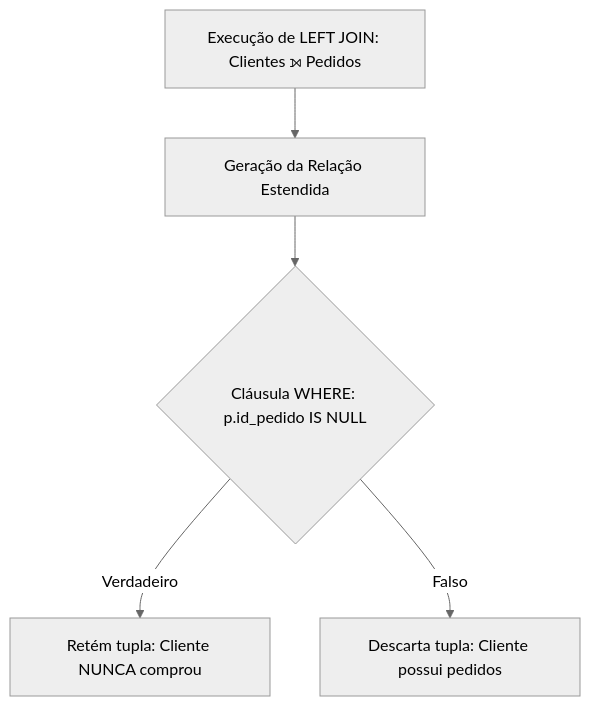
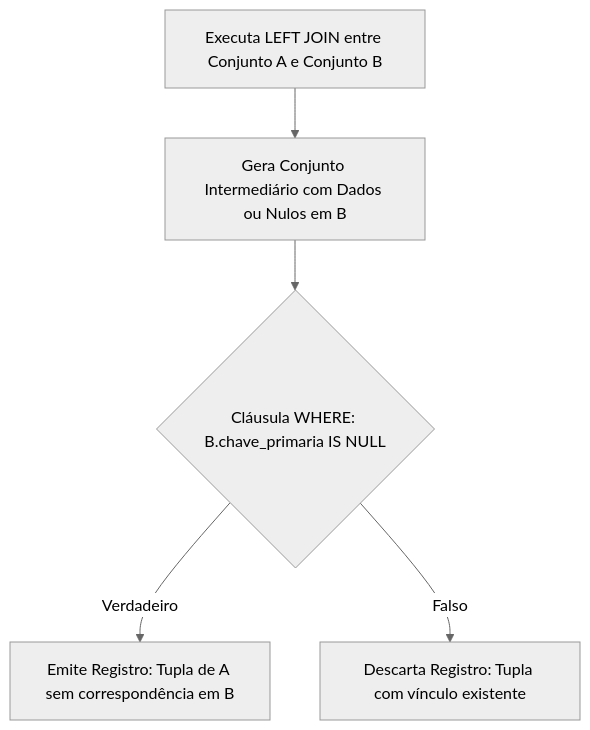
One commit to murilolol/unifef changed the sixth of 13 diagrams in 4º Semestre/[Prof. Welington Garcia] Tópicos Avançados em Banco de Dados/Resumos-IA/Caderno-Consolidado.md. Above: the diagram before and after it, drawn with Mermaid (neutral theme). The commit also changed other lines of this file and 58 other files, not shown here.

````diff
--- a/4º Semestre/[Prof. Welington Garcia] Tópicos Avançados em Banco de Dados/Resumos-IA/Caderno-Consolidado.md
+++ b/4º Semestre/[Prof. Welington Garcia] Tópicos Avançados em Banco de Dados/Resumos-IA/Caderno-Consolidado.md
@@ -141,7 +466,7 @@
 ```mermaid
 flowchart TD
-    LJ["Execução de LEFT JOIN: Clientes ⟕ Pedidos"] --> Matrix["Geração da Relação Estendida"]
-    Matrix --> WhereCond{"Cláusula WHERE: p.id_pedido IS NULL"}
-    WhereCond -- "Verdadeiro" --> Retem["Retém tupla: Cliente NUNCA comprou"]
-    WhereCond -- "Falso" --> Descarta["Descarta tupla: Cliente possui pedidos"]
+  LJ["Executa LEFT JOIN entre Conjunto A e Conjunto B"] --> RES["Gera Conjunto Intermediário com Dados ou Nulos em B"]
+  RES --> COND{"Cláusula WHERE: B.chave_primaria IS NULL"}
+  COND -- "Verdadeiro" --> OUT["Emite Registro: Tupla de A sem correspondência em B"]
+  COND -- "Falso" --> DISC["Descarta Registro: Tupla com vínculo existente"]
 ```
````
